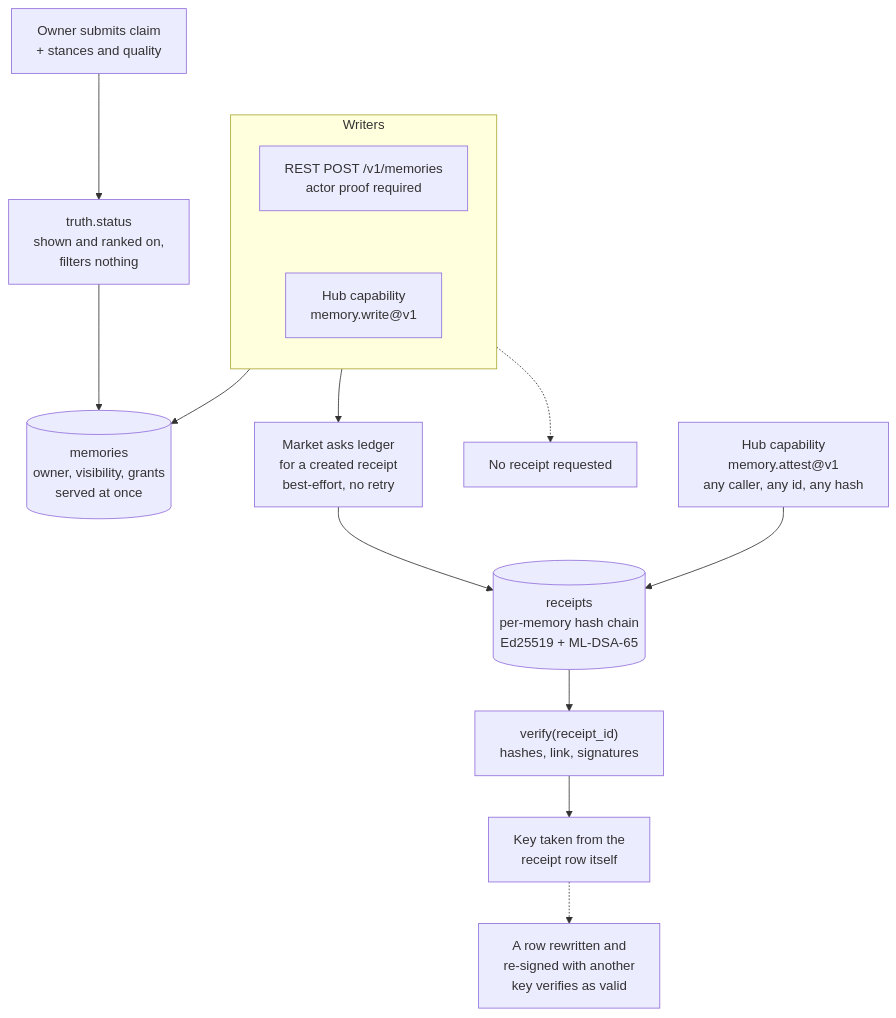
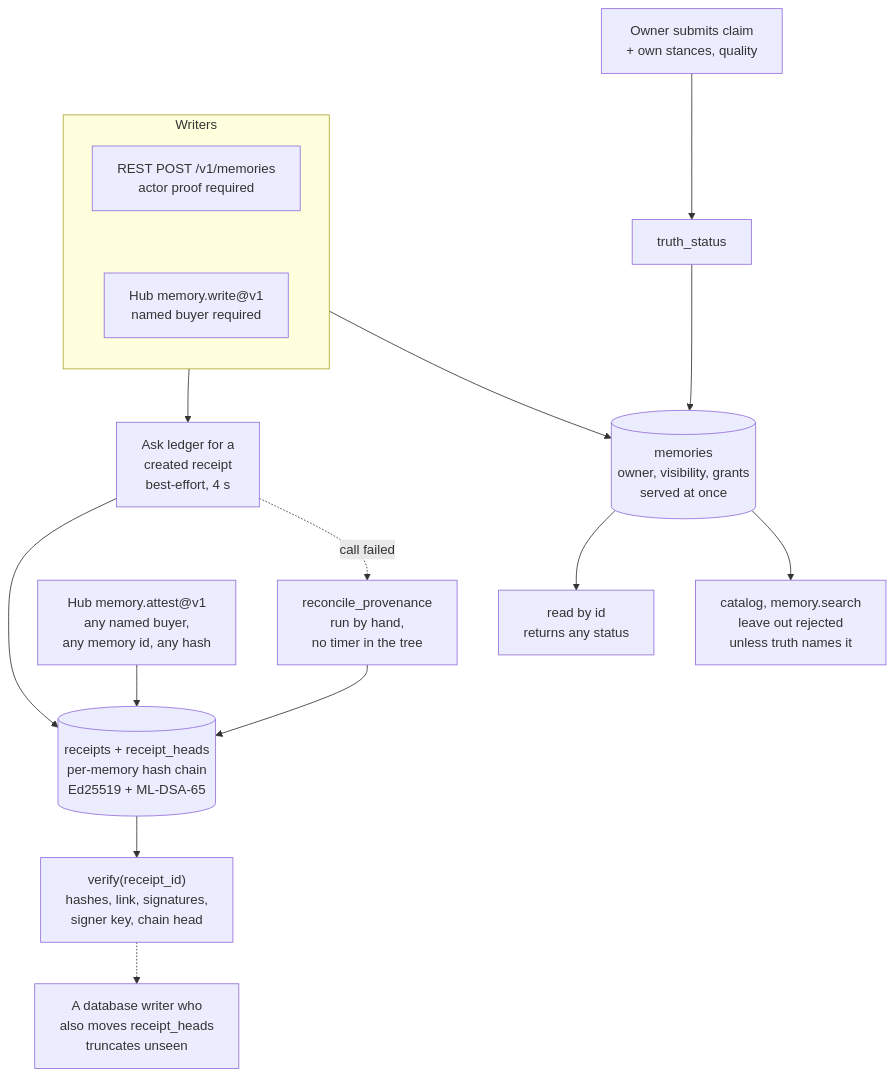
The diagram in content/systems/attested-memory.md (neoneye/agent-memory-atlas), drawn with Mermaid before and after one commit. The commit also changed other lines of this file and 23 other files, not shown here.

````diff
--- a/content/systems/attested-memory.md
+++ b/content/systems/attested-memory.md
@@ -96,20 +102,22 @@
 ```mermaid
-%% caption: a unit is stored and served at once; a REST write asks the ledger for a receipt and a hub write does not; verify checks each receipt against the key stored in that receipt, so a rewritten and re-signed row passes; truth status comes from the owner's own evidence weights and filters no read
+%% caption: both writers store a unit at once and ask the ledger for a created receipt, best-effort, with a reconcile command nothing schedules; verify accepts only the ledger's keys and a chain whose newest row matches the recorded head, both held in the ledger's own database; any named hub buyer can append to any chain; an owner's rejected status removes a unit from search and the catalogue, not from a read by id
 flowchart TD
     subgraph W["Writers"]
         direction TB
         R["REST POST /v1/memories<br/>actor proof required"]
-        H["Hub capability<br/>memory.write@v1"]
+        H["Hub memory.write@v1<br/>named buyer required"]
         R ~~~ H
     end
     W --> M[("memories<br/>owner, visibility, grants<br/>served at once")]
-    R --> A["Market asks ledger<br/>for a created receipt<br/>best-effort, no retry"]
-    H -.-> N["No receipt requested"]
-    A --> L[("receipts<br/>per-memory hash chain<br/>Ed25519 + ML-DSA-65")]
-    X["Hub capability<br/>memory.attest@v1<br/>any caller, any id, any hash"] --> L
-    L --> V["verify(receipt_id)<br/>hashes, link, signatures"]
-    V --> K["Key taken from the<br/>receipt row itself"]
-    K -.-> F["A row rewritten and<br/>re-signed with another<br/>key verifies as valid"]
-    O["Owner submits claim<br/>+ stances and quality"] --> T["truth.status<br/>shown and ranked on,<br/>filters nothing"]
+    W --> A["Ask ledger for a<br/>created receipt<br/>best-effort, 4 s"]
+    A -.->|"call failed"| C["reconcile_provenance<br/>run by hand,<br/>no timer in the tree"]
+    A --> L[("receipts + receipt_heads<br/>per-memory hash chain<br/>Ed25519 + ML-DSA-65")]
+    C --> L
+    X["Hub memory.attest@v1<br/>any named buyer,<br/>any memory id, any hash"] --> L
+    L --> V["verify(receipt_id)<br/>hashes, link, signatures,<br/>signer key, chain head"]
+    V -.-> F["A database writer who<br/>also moves receipt_heads<br/>truncates unseen"]
+    O["Owner submits claim<br/>+ own stances, quality"] --> T["truth_status"]
     T --> M
+    M --> S["catalog, memory.search<br/>leave out rejected<br/>unless truth names it"]
+    M --> B["read by id<br/>returns any status"]
 ```
````
